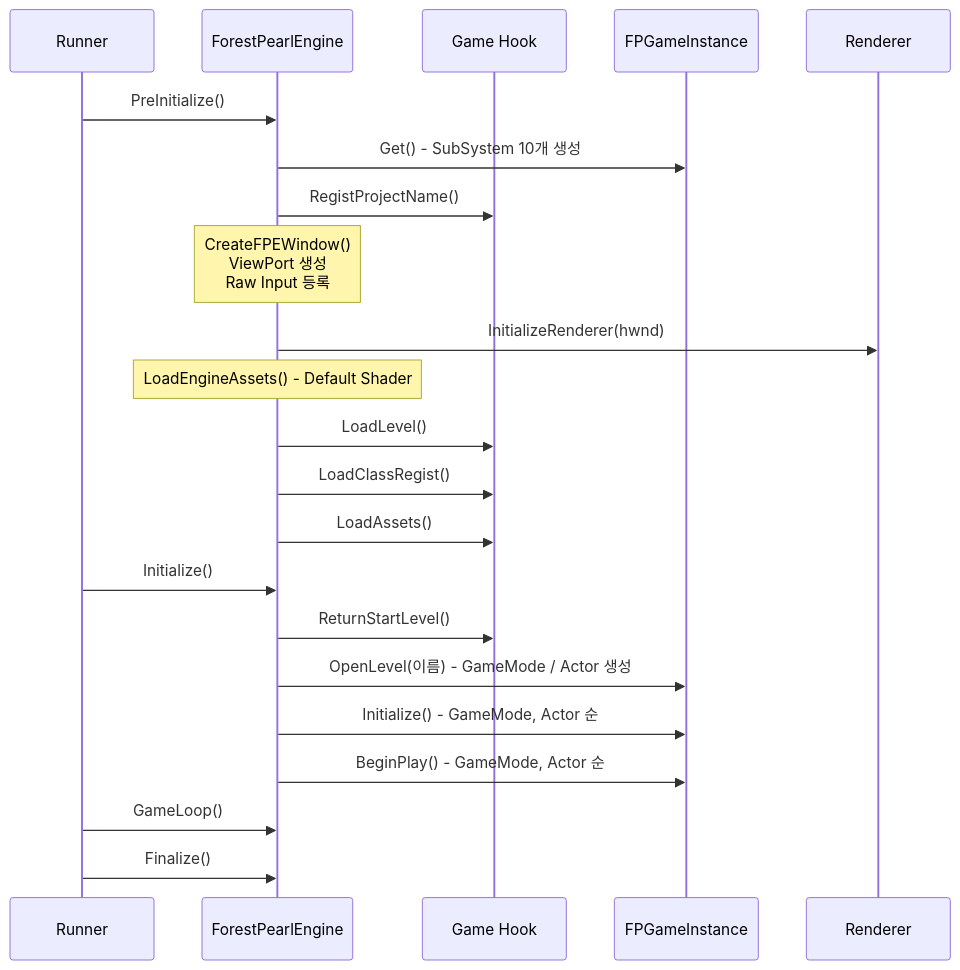
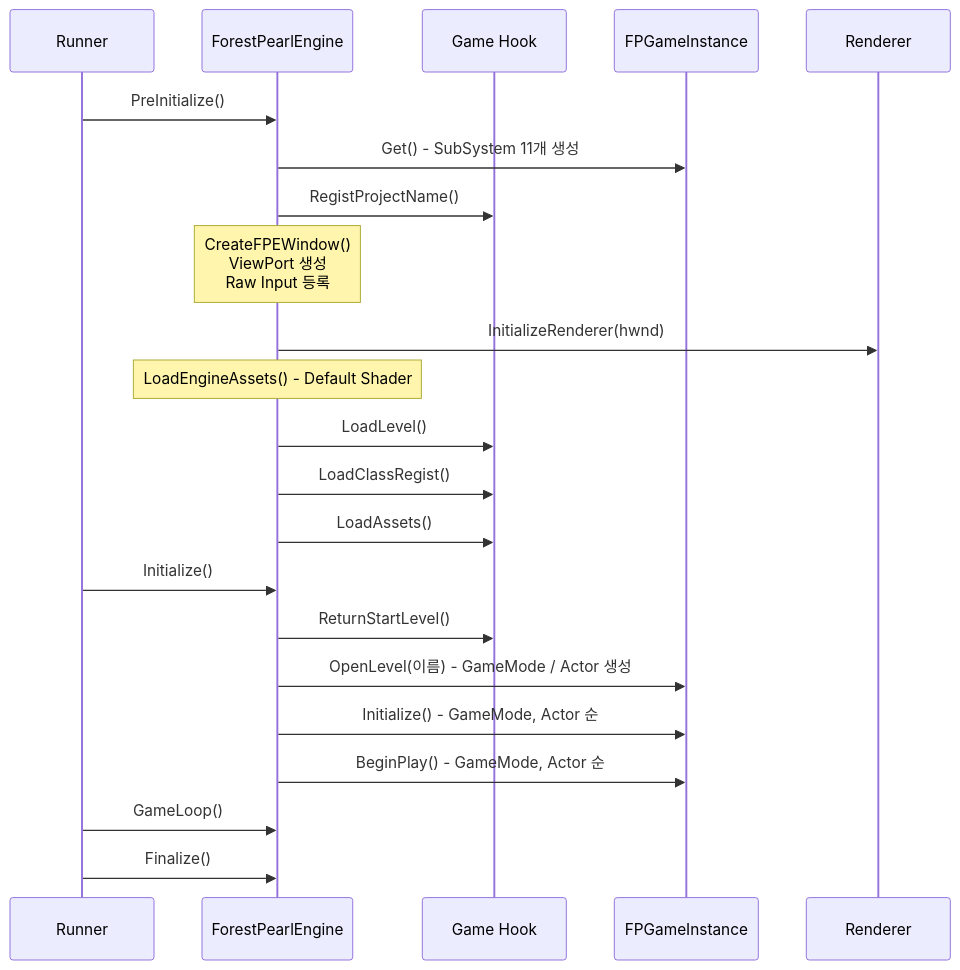
Before and after one commit to Gat-Young/ForestPearlEngine: the third of 11 diagrams in README.md, drawn with Mermaid. The commit also changed other lines of this file and 2 other files, not shown here.

````diff
--- a/README.md
+++ b/README.md
@@ -348,27 +357,27 @@
 ```mermaid
 sequenceDiagram
     participant Run as Runner
     participant Eng as ForestPearlEngine
     participant Game as Game Hook
     participant GI as FPGameInstance
     participant Ren as Renderer
 
     Run->>Eng: PreInitialize()
-    Eng->>GI: Get() - SubSystem 10개 생성
+    Eng->>GI: Get() - SubSystem 11개 생성
     Eng->>Game: RegistProjectName()
     Note over Eng: CreateFPEWindow()<br/>ViewPort 생성<br/>Raw Input 등록
     Eng->>Ren: InitializeRenderer(hwnd)
     Note over Eng: LoadEngineAssets() - Default Shader
     Eng->>Game: LoadLevel()
     Eng->>Game: LoadClassRegist()
     Eng->>Game: LoadAssets()
 
     Run->>Eng: Initialize()
     Eng->>Game: ReturnStartLevel()
     Eng->>GI: OpenLevel(이름) - GameMode / Actor 생성
     Eng->>GI: Initialize() - GameMode, Actor 순
     Eng->>GI: BeginPlay() - GameMode, Actor 순
 
     Run->>Eng: GameLoop()
     Run->>Eng: Finalize()
 ```
````
